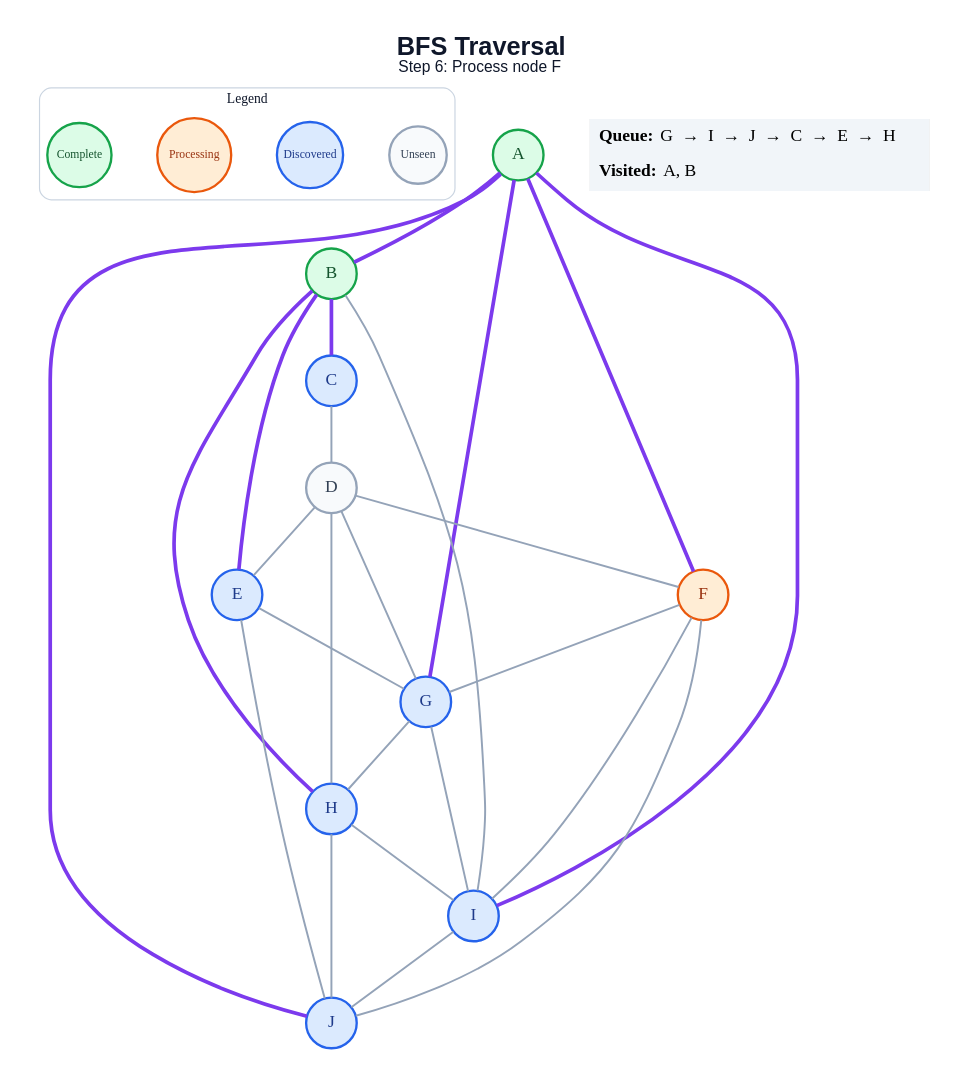
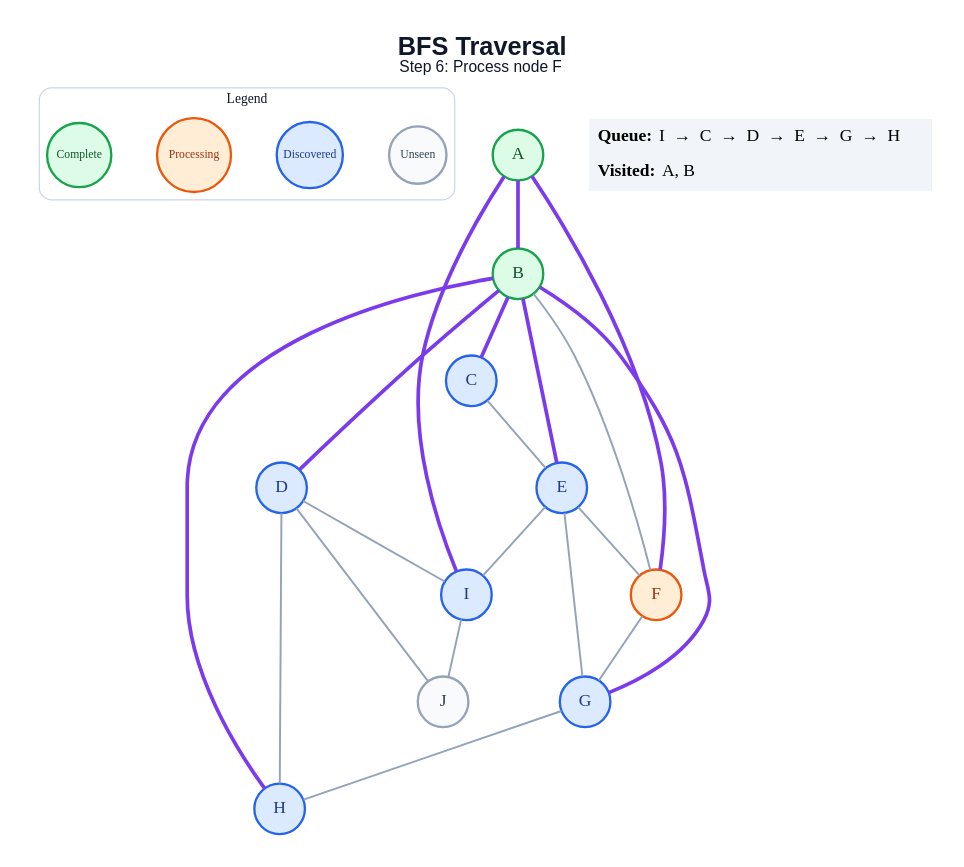
Before and after one commit to amanghodawala9/ai-slop: the diagram in generated/bfs/step_06.dot, drawn with Graphviz. The commit also changed 178 other files, not shown here.

```diff
--- a/generated/bfs/step_06.dot
+++ b/generated/bfs/step_06.dot
@@ -1,53 +1,48 @@
 graph traversal {
   graph [layout=dot, rankdir=TB, bgcolor="#FFFFFF", pad="0.35", nodesep="0.65", ranksep="0.8", fontname="Arial"];
   node [shape=circle, style="filled", fontname="Arial Bold", fontsize=18, width=0.72, fixedsize=true, penwidth=2.4];
   edge [color="#94A3B8", penwidth=2.0];
   label=<<B>BFS Traversal</B><BR/><FONT POINT-SIZE="16">Step 6: Process node F</FONT>>; labelloc="t"; fontsize=26; fontname="Arial"; fontcolor="#0F172A";
   subgraph cluster_legend { label="Legend"; color="#CBD5E1"; penwidth=1.2; style="rounded"; fontsize=14; fontname="Arial Bold";
     key_unseen [label="Unseen", fillcolor="#F8FAFC", color="#94A3B8", fontcolor="#334155", fontsize=12, width=0.82];
     key_frontier [label="Discovered", fillcolor="#DBEAFE", color="#2563EB", fontcolor="#1E3A8A", fontsize=12, width=0.95];
     key_current [label="Processing", fillcolor="#FFEDD5", color="#EA580C", fontcolor="#9A3412", fontsize=12, width=1.05];
     key_done [label="Complete", fillcolor="#DCFCE7", color="#16A34A", fontcolor="#14532D", fontsize=12, width=0.92];
     { rank=same; key_unseen; key_frontier; key_current; key_done; }
   }
   A [fillcolor="#DCFCE7", color="#16A34A", fontcolor="#14532D"];
   B [fillcolor="#DCFCE7", color="#16A34A", fontcolor="#14532D"];
   C [fillcolor="#DBEAFE", color="#2563EB", fontcolor="#1E3A8A"];
-  D [fillcolor="#F8FAFC", color="#94A3B8", fontcolor="#334155"];
+  D [fillcolor="#DBEAFE", color="#2563EB", fontcolor="#1E3A8A"];
   E [fillcolor="#DBEAFE", color="#2563EB", fontcolor="#1E3A8A"];
   F [fillcolor="#FFEDD5", color="#EA580C", fontcolor="#9A3412"];
   G [fillcolor="#DBEAFE", color="#2563EB", fontcolor="#1E3A8A"];
   H [fillcolor="#DBEAFE", color="#2563EB", fontcolor="#1E3A8A"];
   I [fillcolor="#DBEAFE", color="#2563EB", fontcolor="#1E3A8A"];
-  J [fillcolor="#DBEAFE", color="#2563EB", fontcolor="#1E3A8A"];
+  J [fillcolor="#F8FAFC", color="#94A3B8", fontcolor="#334155"];
   A -- B [color="#7C3AED", penwidth=3.8];
   A -- F [color="#7C3AED", penwidth=3.8];
-  A -- G [color="#7C3AED", penwidth=3.8];
   A -- I [color="#7C3AED", penwidth=3.8];
-  A -- J [color="#7C3AED", penwidth=3.8];
   B -- C [color="#7C3AED", penwidth=3.8];
+  B -- D [color="#7C3AED", penwidth=3.8];
   B -- E [color="#7C3AED", penwidth=3.8];
+  B -- F;
+  B -- G [color="#7C3AED", penwidth=3.8];
   B -- H [color="#7C3AED", penwidth=3.8];
-  B -- I;
-  C -- D;
-  D -- E;
-  D -- F;
-  D -- G;
+  C -- E;
   D -- H;
+  D -- I;
+  D -- J;
+  E -- F;
   E -- G;
-  E -- J;
+  E -- I;
   F -- G;
-  F -- I;
-  F -- J;
   G -- H;
-  G -- I;
-  H -- I;
-  H -- J;
   I -- J;
   status [shape=plain, fixedsize=false, width=0, height=0, margin=0, label=<
     <TABLE BORDER="0" CELLBORDER="0" CELLPADDING="7" BGCOLOR="#F1F5F9">
-      <TR><TD ALIGN="LEFT"><B>Queue:</B> G  →  I  →  J  →  C  →  E  →  H</TD></TR>
+      <TR><TD ALIGN="LEFT"><B>Queue:</B> I  →  C  →  D  →  E  →  G  →  H</TD></TR>
       <TR><TD ALIGN="LEFT"><B>Visited:</B> A, B</TD></TR>
     </TABLE>
   >];
 }
```
